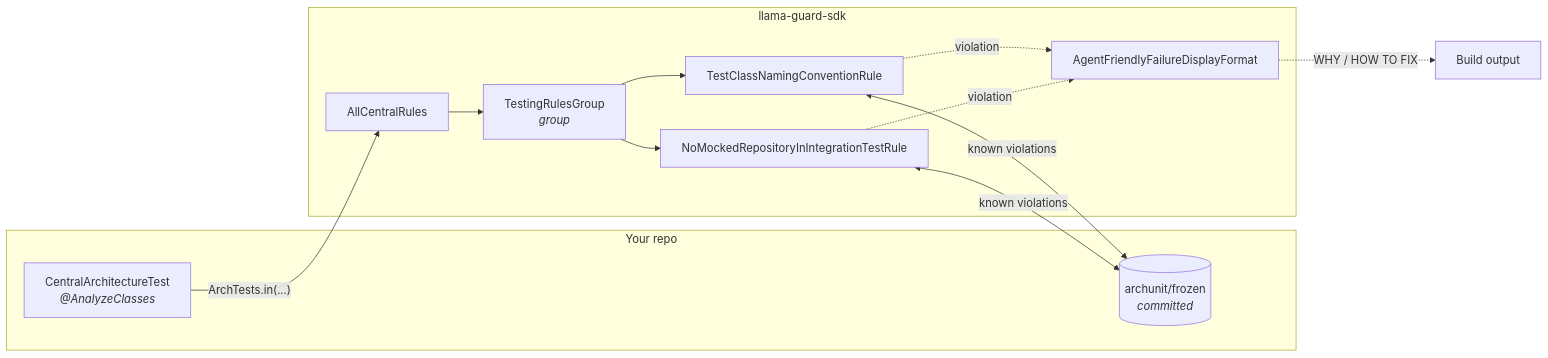
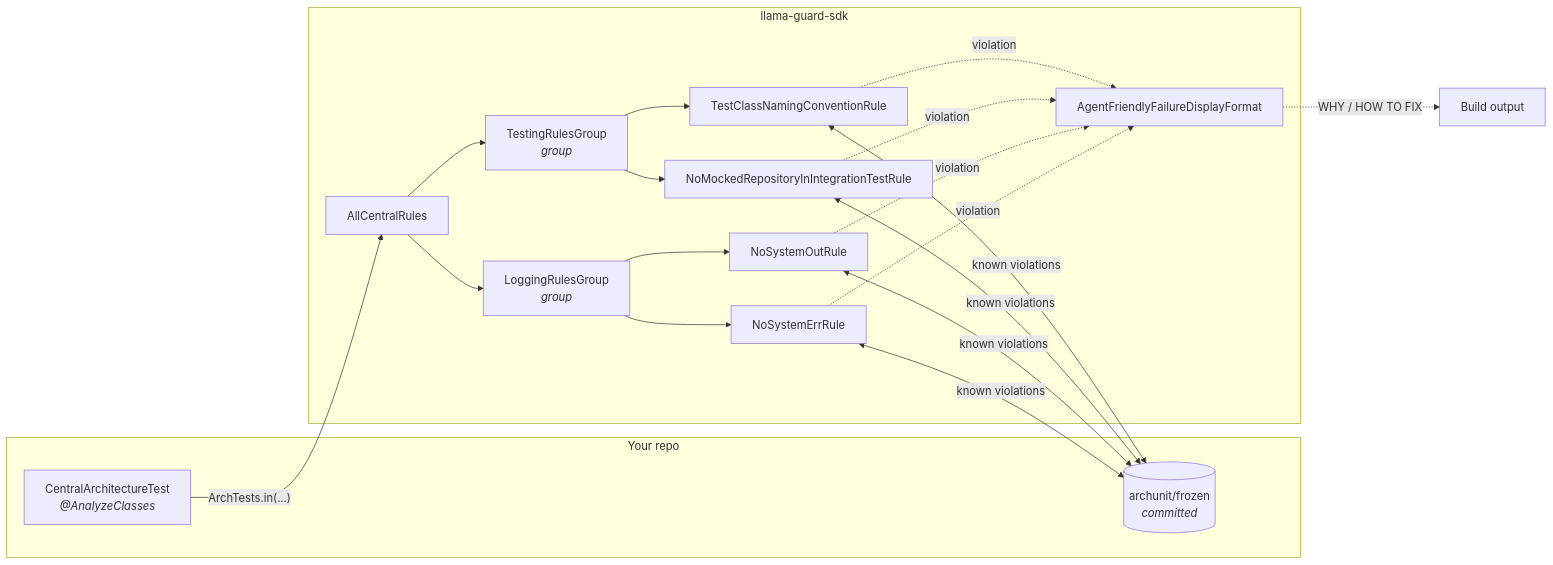
Before and after one commit to MilczekT1/Corral: the first of 2 diagrams in README.md, drawn with Mermaid. The commit also changed other lines of this file and 16 other files, not shown here.

Commit message:
feat: Add LoggingRulesGroup with logging.no-system-out and logging.no-system-err (#6)

````diff
--- a/README.md
+++ b/README.md
@@ -19,23 +19,29 @@
 ```mermaid
 flowchart LR
     subgraph consumer["Your repo"]
         CT["CentralArchitectureTest<br/><i>@AnalyzeClasses</i>"]
         STORE[("archunit/frozen<br/><i>committed</i>")]
     end
 
     subgraph lib["llama-guard-sdk"]
         ACR["AllCentralRules"]
         TG["TestingRulesGroup<br/><i>group</i>"]
+        LG["LoggingRulesGroup<br/><i>group</i>"]
         R1["TestClassNamingConventionRule"]
         R2["NoMockedRepositoryInIntegrationTestRule"]
+        R3["NoSystemOutRule"]
+        R4["NoSystemErrRule"]
         FMT["AgentFriendlyFailureDisplayFormat"]
     end
 
     CT -->|"ArchTests.in(...)"| ACR
     ACR --> TG
+    ACR --> LG
     TG --> R1
     TG --> R2
-    R1 & R2 -.->|"violation"| FMT
+    LG --> R3
+    LG --> R4
+    R1 & R2 & R3 & R4 -.->|"violation"| FMT
     FMT -.->|"WHY / HOW TO FIX"| OUT["Build output"]
-    R1 & R2 <-->|"known violations"| STORE
+    R1 & R2 & R3 & R4 <-->|"known violations"| STORE
 ```
````
